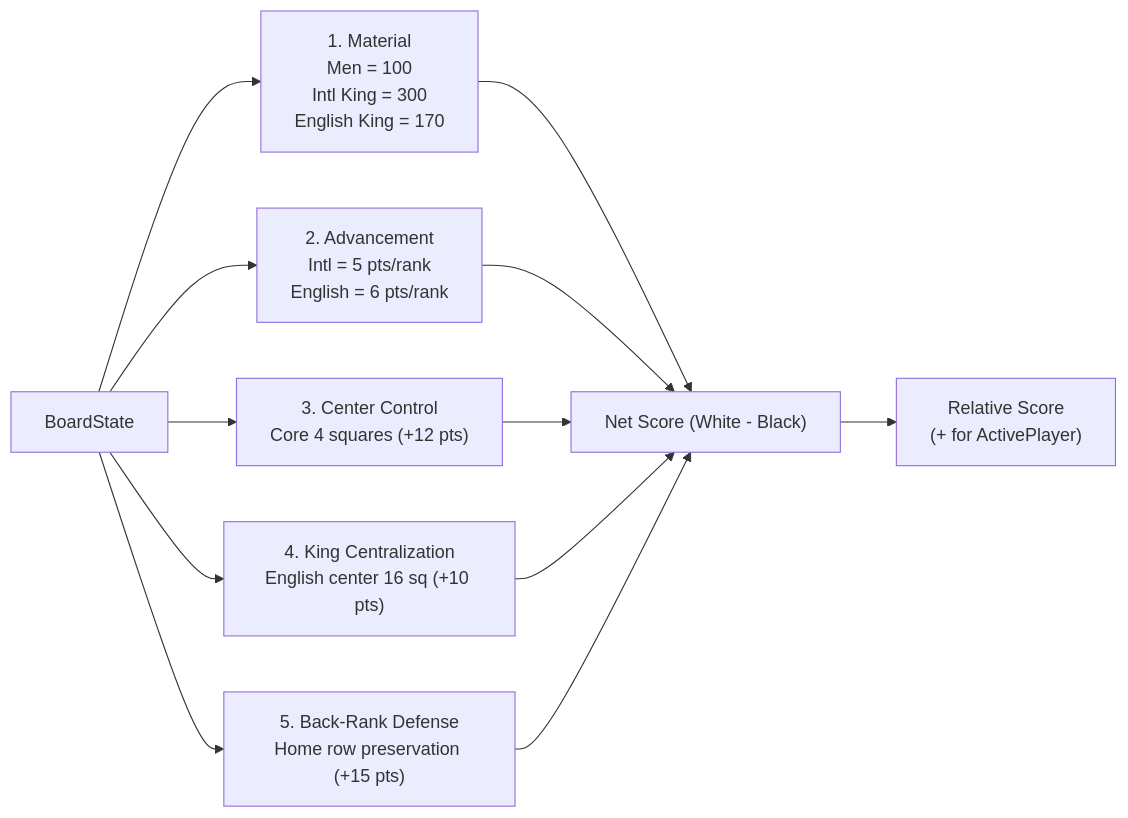
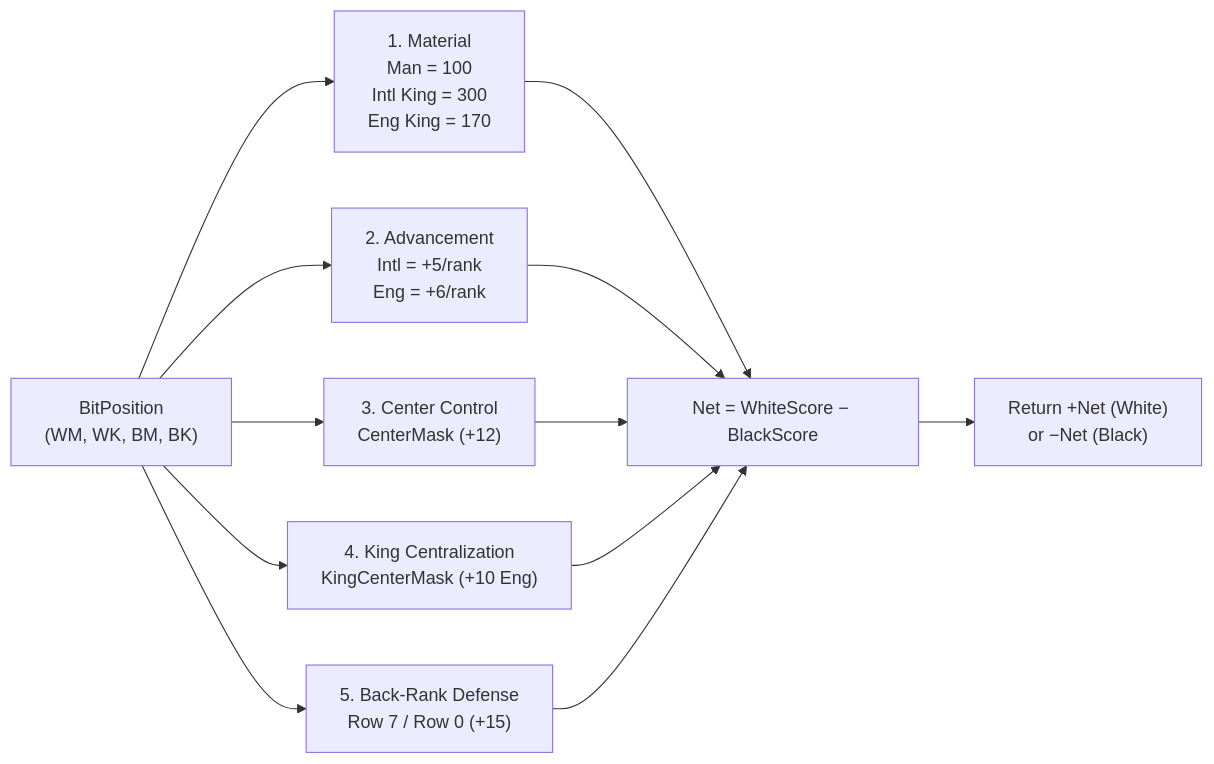
The diagram in docs/brain/05-evaluation.md (cjp-dev/Checkers), drawn with Mermaid before and after one commit. The commit also changed other lines of this file and 19 other files, not shown here.

````diff
--- a/docs/brain/05-evaluation.md
+++ b/docs/brain/05-evaluation.md
@@ -20,10 +30,10 @@
 ```mermaid
 flowchart LR
-    State[BoardState] --> Mat["1. Material<br/>Men = 100<br/>Intl King = 300<br/>English King = 170"]
-    State --> Adv["2. Advancement<br/>Intl = 5 pts/rank<br/>English = 6 pts/rank"]
-    State --> Center["3. Center Control<br/>Core 4 squares (+12 pts)"]
-    State --> KingCent["4. King Centralization<br/>English center 16 sq (+10 pts)"]
-    State --> Def["5. Back-Rank Defense<br/>Home row preservation (+15 pts)"]
-    Mat & Adv & Center & KingCent & Def --> Net["Net Score (White - Black)"]
-    Net --> Relative["Relative Score<br/>(+ for ActivePlayer)"]
+    Pos["BitPosition<br/>(WM, WK, BM, BK)"] --> Mat["1. Material<br/>Man = 100<br/>Intl King = 300<br/>Eng King = 170"]
+    Pos --> Adv["2. Advancement<br/>Intl = +5/rank<br/>Eng = +6/rank"]
+    Pos --> Center["3. Center Control<br/>CenterMask (+12)"]
+    Pos --> KingCent["4. King Centralization<br/>KingCenterMask (+10 Eng)"]
+    Pos --> Back["5. Back-Rank Defense<br/>Row 7 / Row 0 (+15)"]
+    Mat & Adv & Center & KingCent & Back --> Net["Net = WhiteScore − BlackScore"]
+    Net --> Negamax["Return +Net (White)<br/>or −Net (Black)"]
 ```
````
